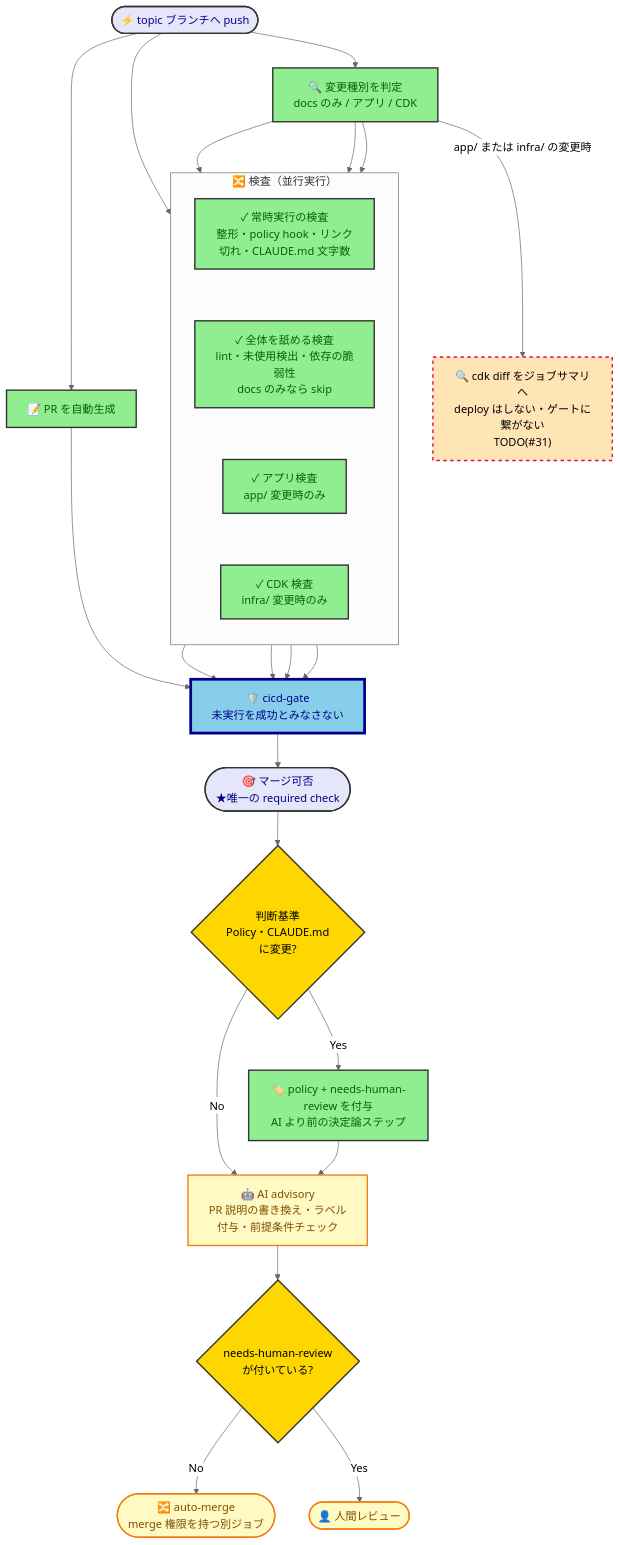
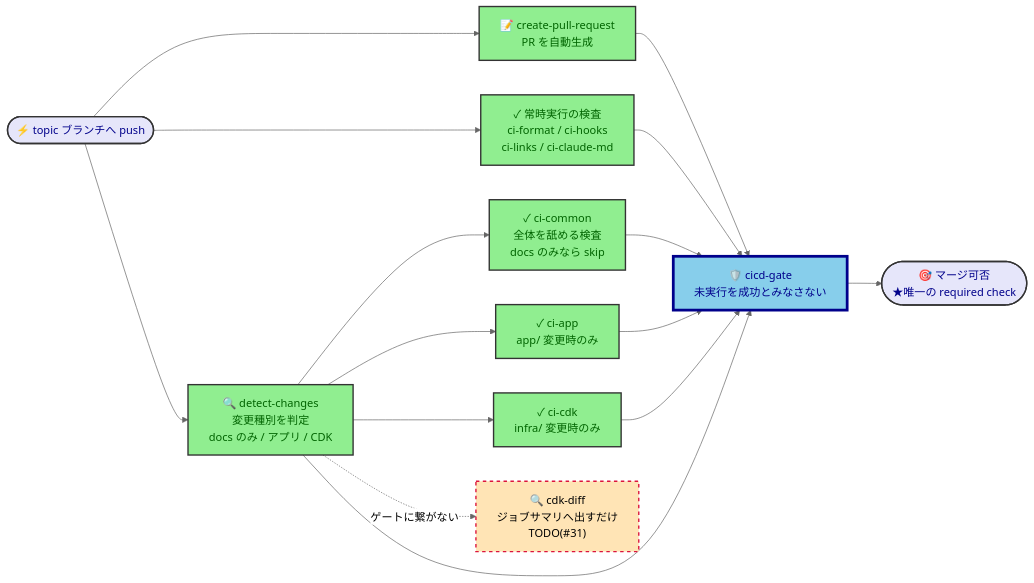
The first of 3 diagrams in docs/design/cicd-design.md (kasiopeiya/claude-dev-template), drawn with Mermaid (neutral theme) before and after one commit. The commit also changed other lines of this file and 1 other file, not shown here.

````diff
--- a/docs/design/cicd-design.md
+++ b/docs/design/cicd-design.md
@@ -23,53 +21,33 @@
 ```mermaid
-flowchart TD
-    Push([⚡ topic ブランチへ push]) --> PR[📝 PR を自動生成]
-    Push --> Detect[🔍 変更種別を判定<br/>docs のみ / アプリ / CDK]
-    Push --> Always
+flowchart LR
+    Push([⚡ topic ブランチへ push])
+    PR["📝 create-pull-request<br/>PR を自動生成"]
+    Detect["🔍 detect-changes<br/>変更種別を判定<br/>docs のみ / アプリ / CDK"]
+    Always["✓ 常時実行の検査<br/>ci-format / ci-hooks<br/>ci-links / ci-claude-md"]
+    Common["✓ ci-common<br/>全体を舐める検査<br/>docs のみなら skip"]
+    App["✓ ci-app<br/>app/ 変更時のみ"]
+    Cdk["✓ ci-cdk<br/>infra/ 変更時のみ"]
+    Diff["🔍 cdk-diff<br/>ジョブサマリへ出すだけ<br/>TODO(#31)"]
+    Gate["🛡️ cicd-gate<br/>未実行を成功とみなさない"]
+    Merge([🎯 マージ可否<br/>★唯一の required check])
 
-    subgraph Checks["🔀 検査（並行実行）"]
-        direction TB
-        Always["✓ 常時実行の検査<br/>整形・policy hook・リンク切れ・CLAUDE.md 文字数"]
-        Common["✓ 全体を舐める検査<br/>lint・未使用検出・依存の脆弱性<br/>docs のみなら skip"]
-        App["✓ アプリ検査<br/>app/ 変更時のみ"]
-        Cdk["✓ CDK 検査<br/>infra/ 変更時のみ"]
-        Always ~~~ Common ~~~ App ~~~ Cdk
-    end
-
-    Detect --> Common
-    Detect --> App
-    Detect --> Cdk
-    Detect -->|app/ または infra/ の変更時| Diff["🔍 cdk diff をジョブサマリへ<br/>deploy はしない・ゲートに繋がない<br/>TODO(#31)"]
-
-    Always --> Gate
-    Common --> Gate
-    App --> Gate
-    Cdk --> Gate
-    PR --> Gate
-
-    Gate["🛡️ cicd-gate<br/>未実行を成功とみなさない"]
-    Gate --> Merge([🎯 マージ可否<br/>★唯一の required check])
-
-    Merge --> PolicyCheck{判断基準<br/>Policy・CLAUDE.md<br/>に変更?}
-    PolicyCheck -->|Yes| PolicyLabel["🏷️ policy + needs-human-review を付与<br/>AI より前の決定論ステップ"]
-    PolicyCheck -->|No| AiJob
-    PolicyLabel --> AiJob
-
-    AiJob["🤖 AI advisory<br/>PR 説明の書き換え・ラベル付与・前提条件チェック"]
-    AiJob --> AutoMergeCheck{needs-human-review<br/>が付いている?}
-    AutoMergeCheck -->|No| AutoMerge(["🔀 auto-merge<br/>merge 権限を持つ別ジョブ"])
-    AutoMergeCheck -->|Yes| HumanReview(["👤 人間レビュー"])
+    Push --> PR --> Gate
+    Push --> Always --> Gate
+    Push --> Detect
+    Detect --> Common --> Gate
+    Detect --> App --> Gate
+    Detect --> Cdk --> Gate
+    Detect --> Gate
+    Detect -. ゲートに繋がない .-> Diff
+    Gate --> Merge
 
     classDef startEnd fill:#E6E6FA,stroke:#333,stroke-width:2px,color:darkblue
     classDef process fill:#90EE90,stroke:#333,stroke-width:2px,color:darkgreen
-    classDef decision fill:#FFD700,stroke:#333,stroke-width:2px,color:black
     classDef gate fill:#87CEEB,stroke:#00008B,stroke-width:4px,color:darkblue
     classDef hollow fill:#FFE4B5,stroke:#DC143C,stroke-width:2px,stroke-dasharray: 5 5,color:black
-    classDef advisory fill:#FFF9C4,stroke:#F57F17,stroke-width:2px,color:#7f4f00
 
     class Push,Merge startEnd
-    class PR,Detect,Always,Common,App,Cdk,PolicyLabel process
-    class PolicyCheck,AutoMergeCheck decision
+    class PR,Detect,Always,Common,App,Cdk process
     class Diff hollow
     class Gate gate
-    class AiJob,AutoMerge,HumanReview advisory
 ```
````
